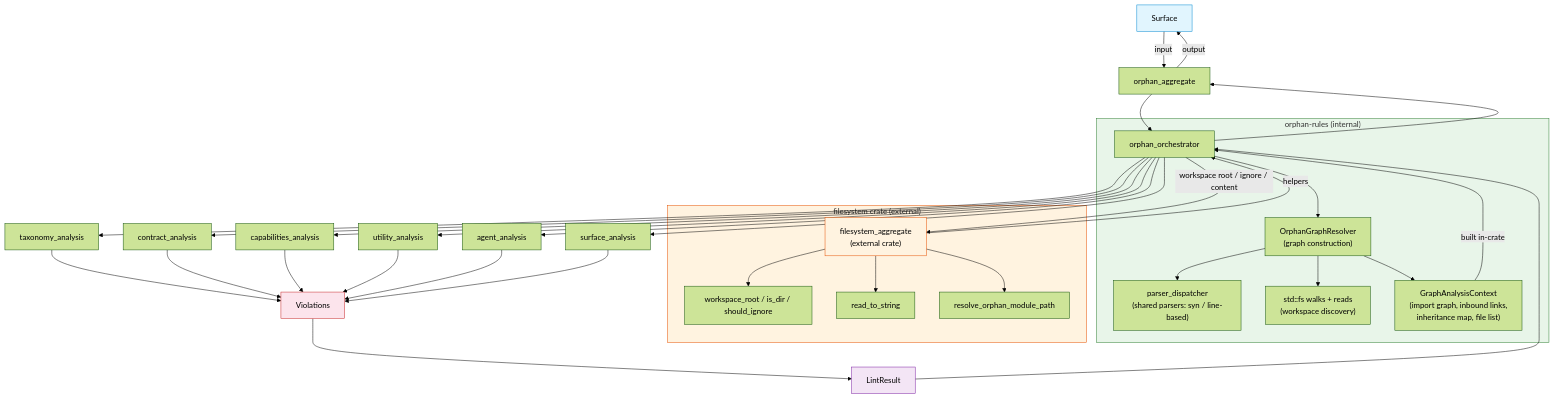
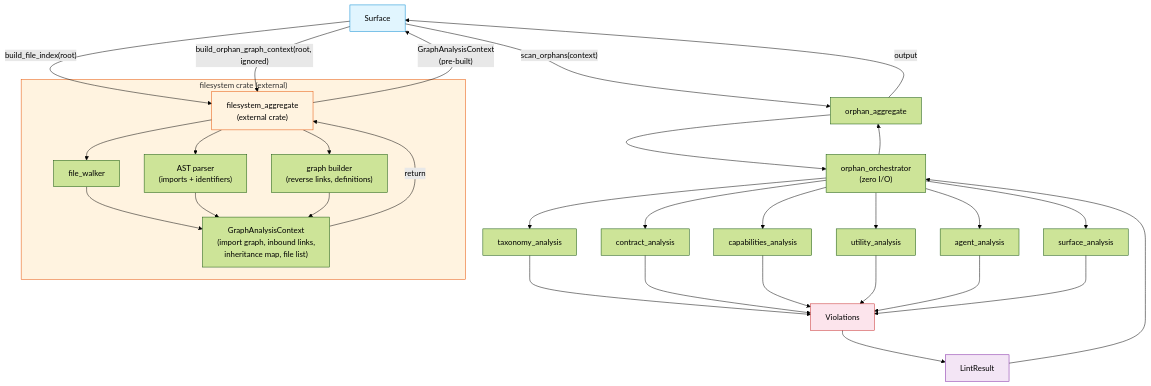
Before and after one commit to rakaarwaky/lint-arwaky: the diagram in crates/orphan-rules/FRD.md, drawn with Mermaid (forest theme). The commit also changed other lines of this file and 8 other files, not shown here.

Commit message:
refactor: delegate file discovery, AST parsing, and graph construction to the filesystem crate to eliminate I/O in analysis crates.

````diff
--- a/crates/orphan-rules/FRD.md
+++ b/crates/orphan-rules/FRD.md
@@ -13,49 +13,44 @@
 ```mermaid
 flowchart TD
-    A["Surface"] -->|input| B["orphan_aggregate"]
-    B --> C["orphan_orchestrator"]
-
-    C -->|"workspace root / ignore / content"| D["filesystem_aggregate\n(external crate)"]
+    A["Surface"] -->|"build_file_index(root)"| D["filesystem_aggregate\n(external crate)"]
+    A -->|"build_orphan_graph_context(root, ignored)"| D
 
     subgraph FS ["filesystem crate (external)"]
-        D --> E1["workspace_root / is_dir / should_ignore"]
-        D --> E2["read_to_string"]
-        D --> E3["resolve_orphan_module_path"]
+        D --> E1["file_walker"]
+        D --> E2["AST parser\n(imports + identifiers)"]
+        D --> E3["graph builder\n(reverse links, definitions)"]
+        E1 --> G1["GraphAnalysisContext\n(import graph, inbound links,\ninheritance map, file list)"]
+        E2 --> G1
+        E3 --> G1
     end
 
-    D -->|"helpers"| C
+    G1 -->|"return"| D
+    D -->|"GraphAnalysisContext\n(pre-built)"| A
 
-    subgraph OR ["orphan-rules (internal)"]
-        C --> R1["OrphanGraphResolver\n(graph construction)"]
-        R1 --> R2["parser_dispatcher\n(shared parsers: syn / line-based)"]
-        R1 --> R3["std::fs walks + reads\n(workspace discovery)"]
-        R1 --> G1["GraphAnalysisContext\n(import graph, inbound links,\ninheritance map, file list)"]
-    end
-
-    G1 -->|"built in-crate"| C
+    A -->|"scan_orphans(context)"| B["orphan_aggregate"]
+    B --> C["orphan_orchestrator\n(zero I/O)"]
 
     C --> H1["taxonomy_analysis"]
     C --> H2["contract_analysis"]
     C --> H3["capabilities_analysis"]
     C --> H4["utility_analysis"]
     C --> H5["agent_analysis"]
     C --> H6["surface_analysis"]
 
     H1 --> I["Violations"]
     H2 --> I
     H3 --> I
     H4 --> I
     H5 --> I
     H6 --> I
     I --> J["LintResult"]
     J --> C
     C --> B
     B -->|output| A
 
     style A fill:#e1f5fe,stroke:#0288d1
     style FS fill:#fff3e0,stroke:#e65100
-    style OR fill:#e8f5e9,stroke:#2e7d32
     style D fill:#fff3e0,stroke:#e65100
     style I fill:#fce4ec,stroke:#c62828
     style J fill:#f3e5f5,stroke:#7b1fa2
 ```
````
